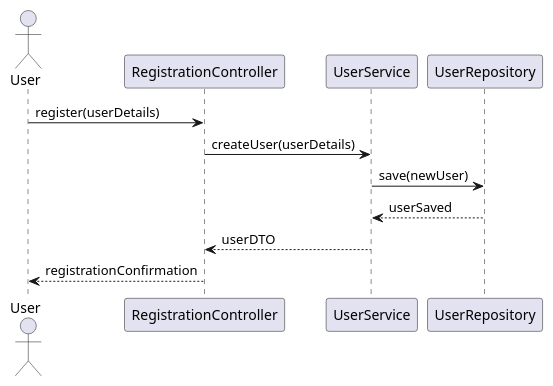
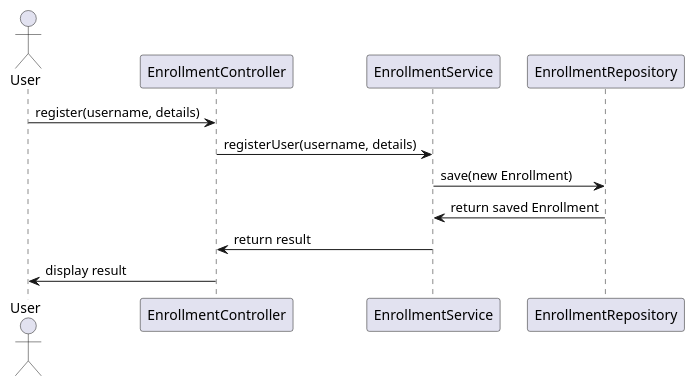
The first of 4 diagrams in enrollment/documentation/detaileddesign.adoc (Dinesh-s95/AutoDoc.ai), drawn with PlantUML before and after one commit. The commit also changed other lines of this file and 19 other files, not shown here.

```diff
--- a/enrollment/documentation/detaileddesign.adoc
+++ b/enrollment/documentation/detaileddesign.adoc
@@ -182,16 +190,16 @@
-[plantuml, user-registration-sequence, png]
+[plantuml, user-registration-flow, png]
 ----
 @startuml
-actor User
-participant "RegistrationController" as RC
-participant "UserService" as US
-participant "UserRepository" as UR
+actor "User" as U
+participant "EnrollmentController" as EC
+participant "EnrollmentService" as ES
+participant "EnrollmentRepository" as ER
 
-User -> RC : register(userDetails)
-RC -> US : createUser(userDetails)
-US -> UR : save(newUser)
-UR --> US : userSaved
-US --> RC : userDTO
-RC --> User : registrationConfirmation
+U -> EC : register(username, details)
+EC -> ES : registerUser(username, details)
+ES -> ER : save(new Enrollment)
+ER -> ES : return saved Enrollment
+ES -> EC : return result
+EC -> U : display result
 @enduml
 ----
```
